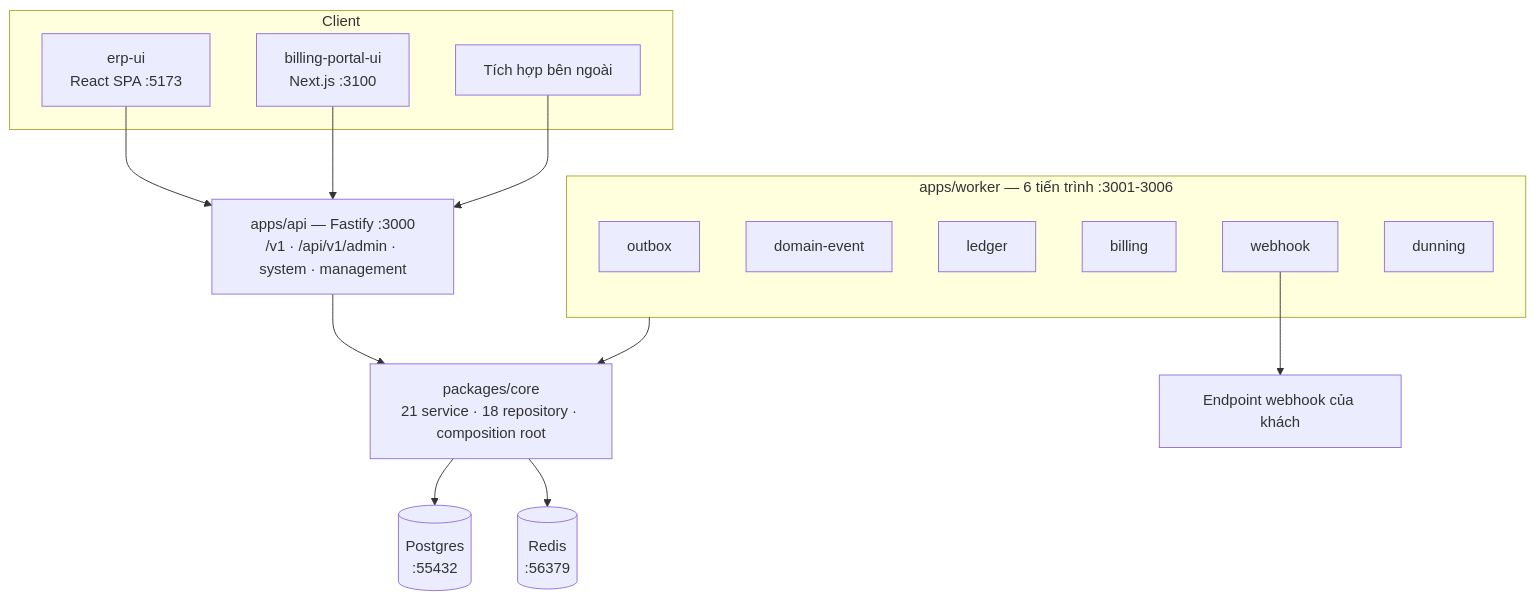
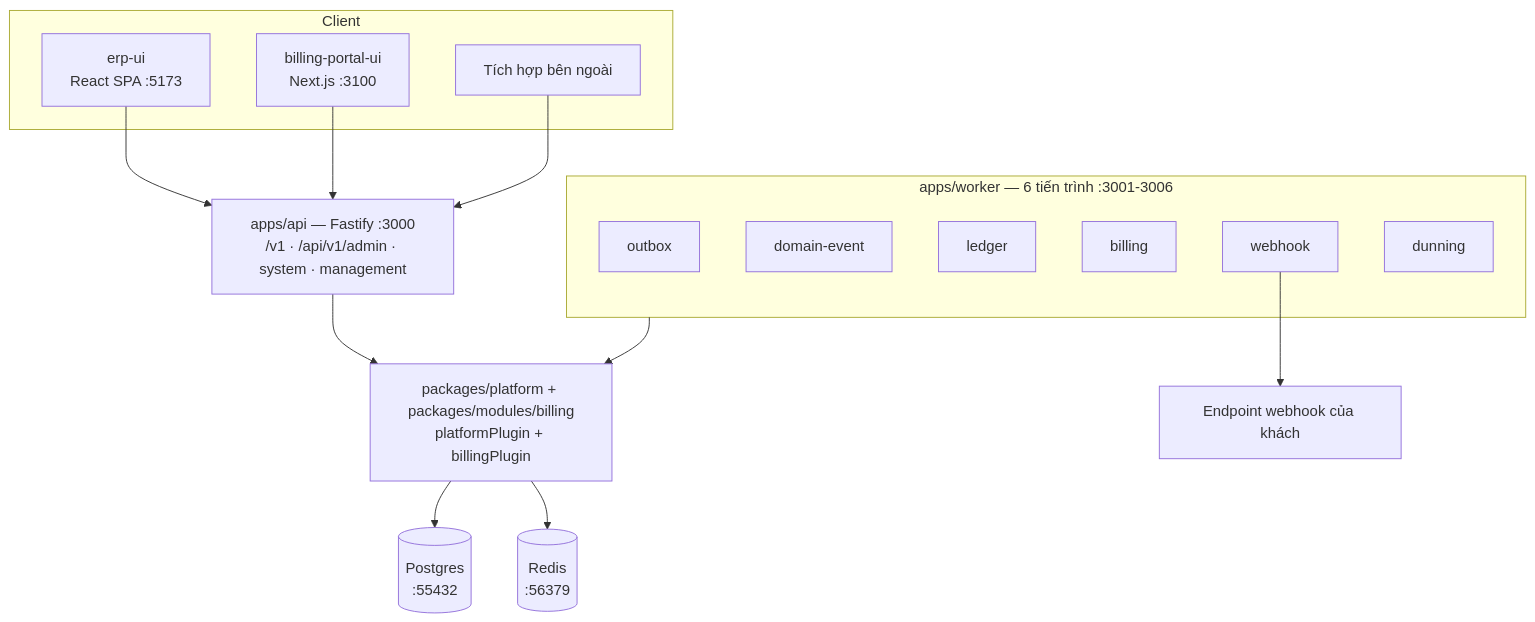
The diagram in docs/flows/00-index.md (anhquang296/pinstripe), drawn with Mermaid before and after one commit. The commit also changed other lines of this file and 901 other files, not shown here.

````diff
--- a/docs/flows/00-index.md
+++ b/docs/flows/00-index.md
@@ -9,33 +9,33 @@
 ```mermaid
 flowchart TB
     subgraph clients [Client]
         AU["erp-ui<br/>React SPA :5173"]
         PU["billing-portal-ui<br/>Next.js :3100"]
         EXT["Tích hợp bên ngoài"]
     end
 
     API["apps/api — Fastify :3000<br/>/v1 · /api/v1/admin · system · management"]
 
     subgraph workers ["apps/worker — 6 tiến trình :3001-3006"]
         W1[outbox]
         W2[domain-event]
         W3[ledger]
         W4[billing]
         W5[webhook]
         W6[dunning]
     end
 
-    CORE["packages/core<br/>21 service · 18 repository · composition root"]
+    CORE["packages/platform + packages/modules/billing<br/>platformPlugin + billingPlugin"]
     PG[("Postgres<br/>:55432")]
     RD[("Redis<br/>:56379")]
     EP["Endpoint webhook của khách"]
 
     AU --> API
     PU --> API
     EXT --> API
     API --> CORE
     workers --> CORE
     CORE --> PG
     CORE --> RD
     W5 --> EP
 ```
````
